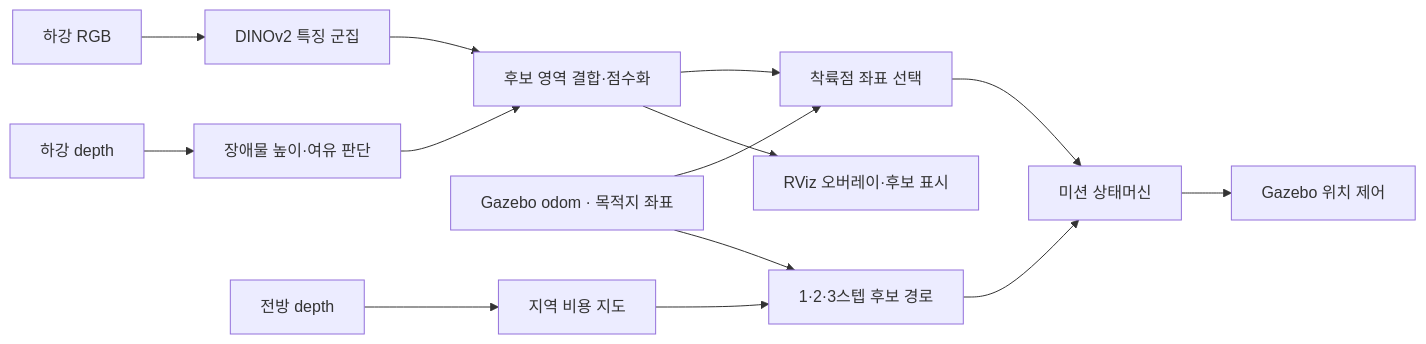
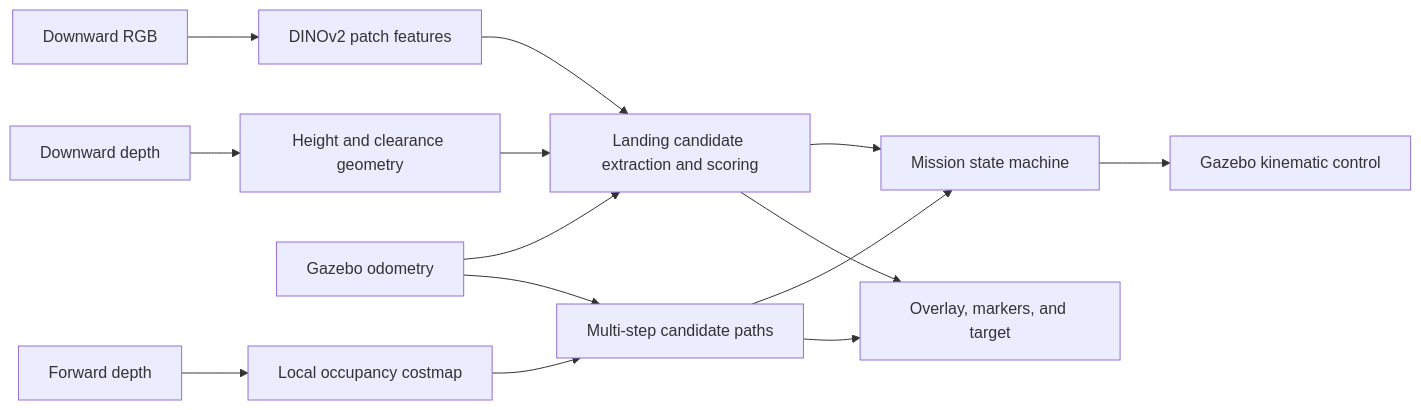
The diagram in README.md (hyuneu-n/dino-safe-landing-ros2), drawn with Mermaid before and after one commit. The commit also changed other lines of this file and 4 other files, not shown here.

````diff
--- a/README.md
+++ b/README.md
@@ -84,16 +36,18 @@
 ```mermaid
 flowchart LR
-    RGB[하강 RGB] --> DINO[DINOv2 특징 군집]
-    DEPTH[하강 depth] --> GEO[장애물 높이·여유 판단]
-    DINO --> FUSE[후보 영역 결합·점수화]
-    GEO --> FUSE
-    POSE[Gazebo odom · 목적지 좌표] --> SELECT[착륙점 좌표 선택]
-    FUSE --> SELECT
-    SELECT --> CONTROL[미션 상태머신]
-    FRONT[전방 depth] --> COST[지역 비용 지도]
-    COST --> PLAN[1·2·3스텝 후보 경로]
-    POSE --> PLAN
-    PLAN --> CONTROL
-    CONTROL --> SIM[Gazebo 위치 제어]
-    FUSE --> VIEW[RViz 오버레이·후보 표시]
+    RGB[Downward RGB] --> DINO[DINOv2 patch features]
+    DEPTH[Downward depth] --> GEOMETRY[Height and clearance geometry]
+    DINO --> LANDING[Landing candidate extraction and scoring]
+    GEOMETRY --> LANDING
+    ODOM[Gazebo odometry] --> LANDING
+    LANDING --> MISSION[Mission state machine]
+
+    FRONT[Forward depth] --> COSTMAP[Local occupancy costmap]
+    COSTMAP --> PLANNER[Multi-step candidate paths]
+    ODOM --> PLANNER
+    PLANNER --> MISSION
+
+    MISSION --> GAZEBO[Gazebo kinematic control]
+    LANDING --> OUTPUT[Overlay, markers, and target]
+    PLANNER --> OUTPUT
 ```
````
